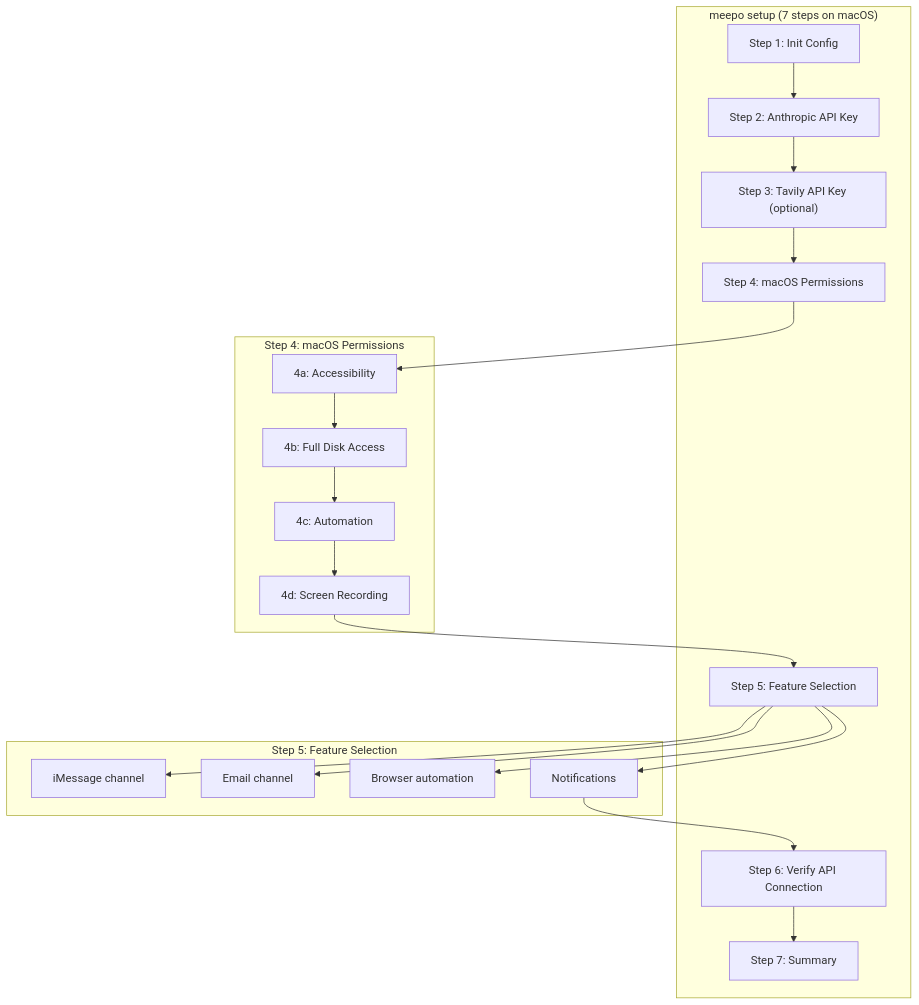
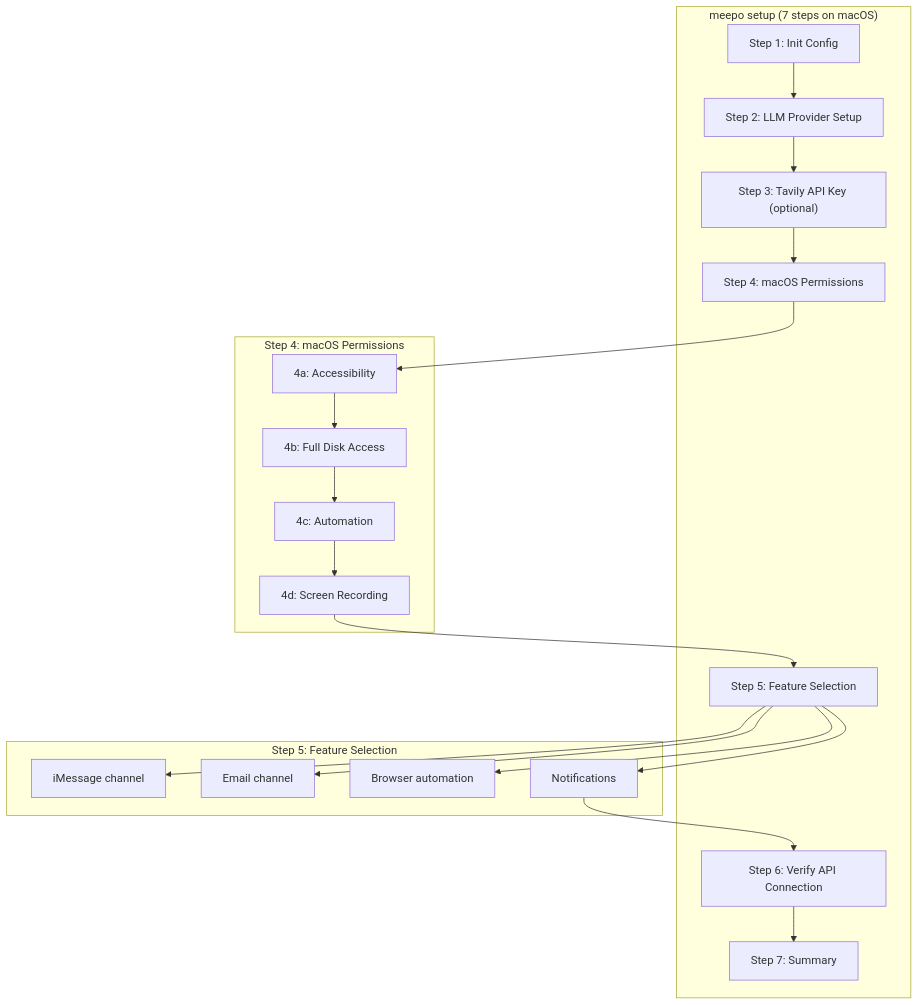
Before and after one commit to kavymi/meepo: diagram 15 of 15 in docs/architecture.md, drawn with Mermaid. The commit also changed other lines of this file and 85 other files, not shown here.

````diff
--- a/docs/architecture.md
+++ b/docs/architecture.md
@@ -776,32 +778,32 @@
 ```mermaid
 graph TD
     subgraph Wizard["meepo setup (7 steps on macOS)"]
         S1["Step 1: Init Config"]
-        S2["Step 2: Anthropic API Key"]
+        S2["Step 2: LLM Provider Setup"]
         S3["Step 3: Tavily API Key (optional)"]
         S4["Step 4: macOS Permissions"]
         S5["Step 5: Feature Selection"]
         S6["Step 6: Verify API Connection"]
         S7["Step 7: Summary"]
     end
 
     subgraph Permissions["Step 4: macOS Permissions"]
         P4a["4a: Accessibility"]
         P4b["4b: Full Disk Access"]
         P4c["4c: Automation"]
         P4d["4d: Screen Recording"]
     end
 
     subgraph Features["Step 5: Feature Selection"]
         F1["iMessage channel"]
         F2["Email channel"]
         F3["Browser automation"]
         F4["Notifications"]
     end
 
     S1 --> S2 --> S3 --> S4
     S4 --> P4a --> P4b --> P4c --> P4d
     P4d --> S5
     S5 --> F1 & F2 & F3 & F4
     F4 --> S6 --> S7
 ```
````
